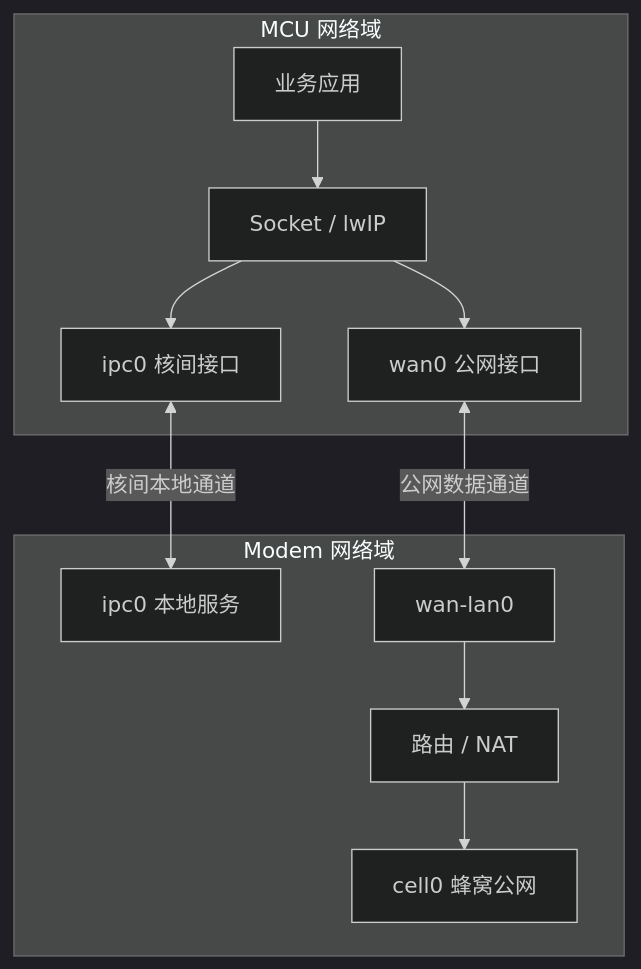
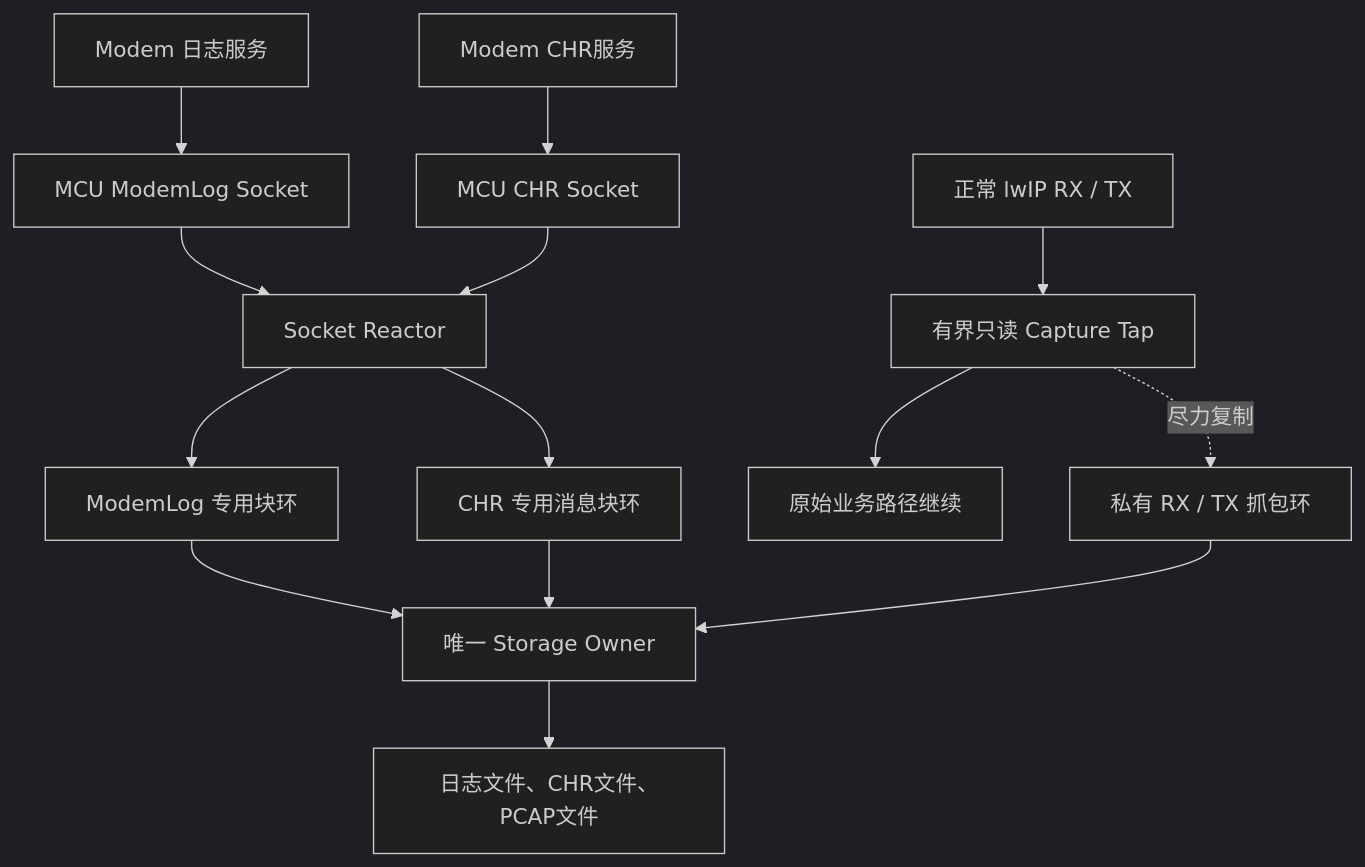
One commit to luckyJimLu/system-design-notes changed the first of 12 diagrams in modemlog/modem-complete-mermaid-flows.md. Above: the diagram before and after it, drawn with Mermaid (dark theme). The commit also changed other lines of this file and 7 other files, not shown here.

Commit message:
docs(modemlog): unify isolated capture, dual sockets and C++ architecture

````diff
--- a/modemlog/modem-complete-mermaid-flows.md
+++ b/modemlog/modem-complete-mermaid-flows.md
@@ -7,17 +7,16 @@
 ```mermaid
 flowchart TD
-    subgraph MCU["MCU 网络域"]
-        APP["业务应用"] --> SOCK["Socket / lwIP"]
-        SOCK --> IPC0["ipc0 核间接口"]
-        SOCK --> WAN0["wan0 公网接口"]
-    end
-    subgraph MODEM["Modem 网络域"]
-        MIPC["ipc0 本地服务"]
-        MLAN["wan-lan0"]
-        NAT["路由 / NAT"]
-        CELL["cell0 蜂窝公网"]
-        MLAN --> NAT --> CELL
-    end
-    IPC0 <-->|"核间本地通道"| MIPC
-    WAN0 <-->|"公网数据通道"| MLAN
+    modemLog["Modem 日志服务"] --> logSocket["MCU ModemLog Socket"]
+    modemChr["Modem CHR服务"] --> chrSocket["MCU CHR Socket"]
+    logSocket --> reactor["Socket Reactor"]
+    chrSocket --> reactor
+    reactor --> logRing["ModemLog 专用块环"]
+    reactor --> chrRing["CHR 专用消息块环"]
+    net["正常 lwIP RX / TX"] --> tap["有界只读 Capture Tap"]
+    tap --> normal["原始业务路径继续"]
+    tap -.->|"尽力复制"| cap["私有 RX / TX 抓包环"]
+    logRing --> storage["唯一 Storage Owner"]
+    chrRing --> storage
+    cap --> storage
+    storage --> files["日志文件、CHR文件、PCAP文件"]
 ```
````
